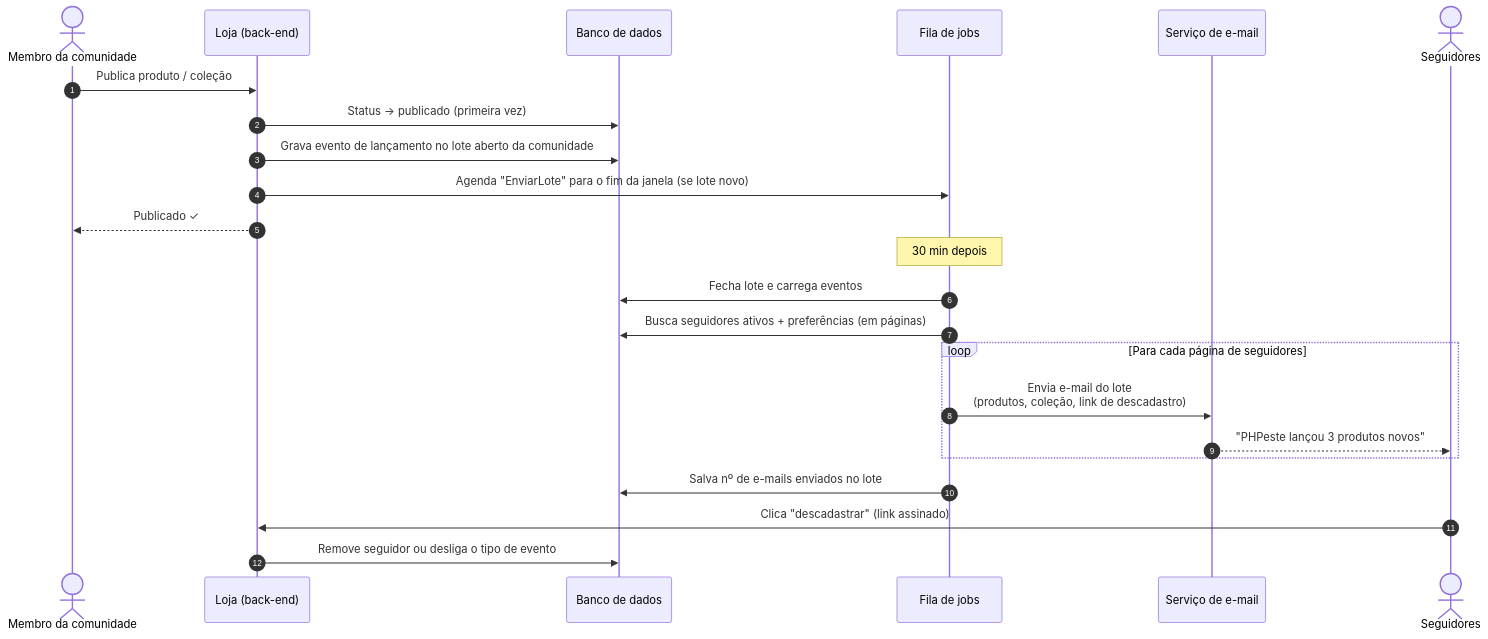
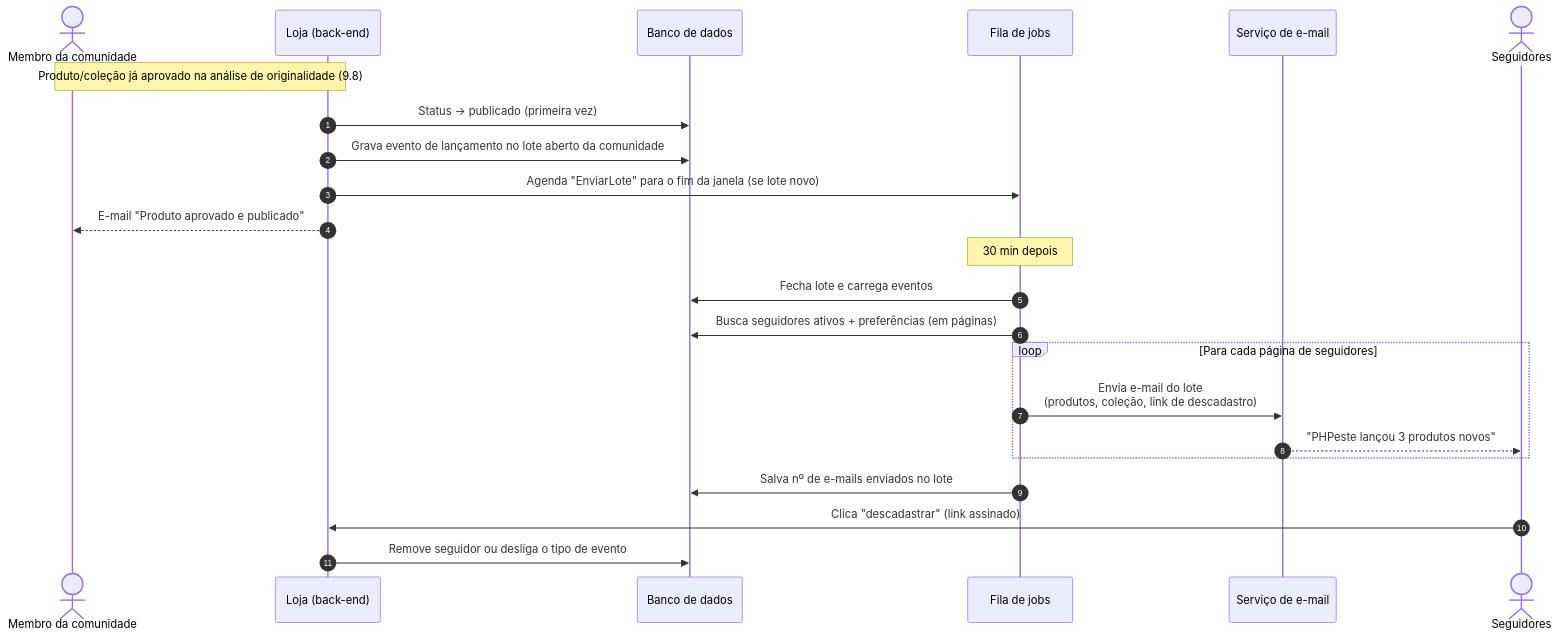
Diagram 21 of 28 in modelo-de-negocios.md (BdsOliveira/loja-tech-brasil), drawn with Mermaid before and after one commit. The commit also changed other lines of this file, not shown here.

````diff
--- a/modelo-de-negocios.md
+++ b/modelo-de-negocios.md
@@ -654,28 +773,28 @@
 ```mermaid
 sequenceDiagram
     autonumber
     actor Membro as Membro da comunidade
     participant API as Loja (back-end)
     participant DB as Banco de dados
     participant Fila as Fila de jobs
     participant Mail as Serviço de e-mail
     actor Seg as Seguidores
 
-    Membro->>API: Publica produto / coleção
+    Note over Membro,API: Produto/coleção já aprovado na análise de originalidade (9.8)
     API->>DB: Status → publicado (primeira vez)
     API->>DB: Grava evento de lançamento no lote aberto da comunidade
     API->>Fila: Agenda "EnviarLote" para o fim da janela (se lote novo)
-    API-->>Membro: Publicado ✓
+    API-->>Membro: E-mail "Produto aprovado e publicado"
 
     Note over Fila: 30 min depois
     Fila->>DB: Fecha lote e carrega eventos
     Fila->>DB: Busca seguidores ativos + preferências (em páginas)
     loop Para cada página de seguidores
         Fila->>Mail: Envia e-mail do lote<br/>(produtos, coleção, link de descadastro)
         Mail-->>Seg: "PHPeste lançou 3 produtos novos"
     end
     Fila->>DB: Salva nº de e-mails enviados no lote
 
     Seg->>API: Clica "descadastrar" (link assinado)
     API->>DB: Remove seguidor ou desliga o tipo de evento
 ```
````
